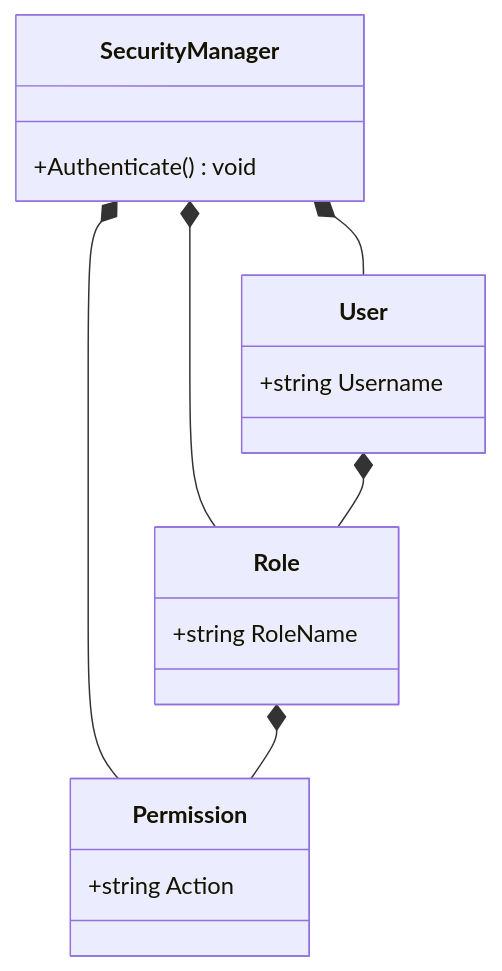
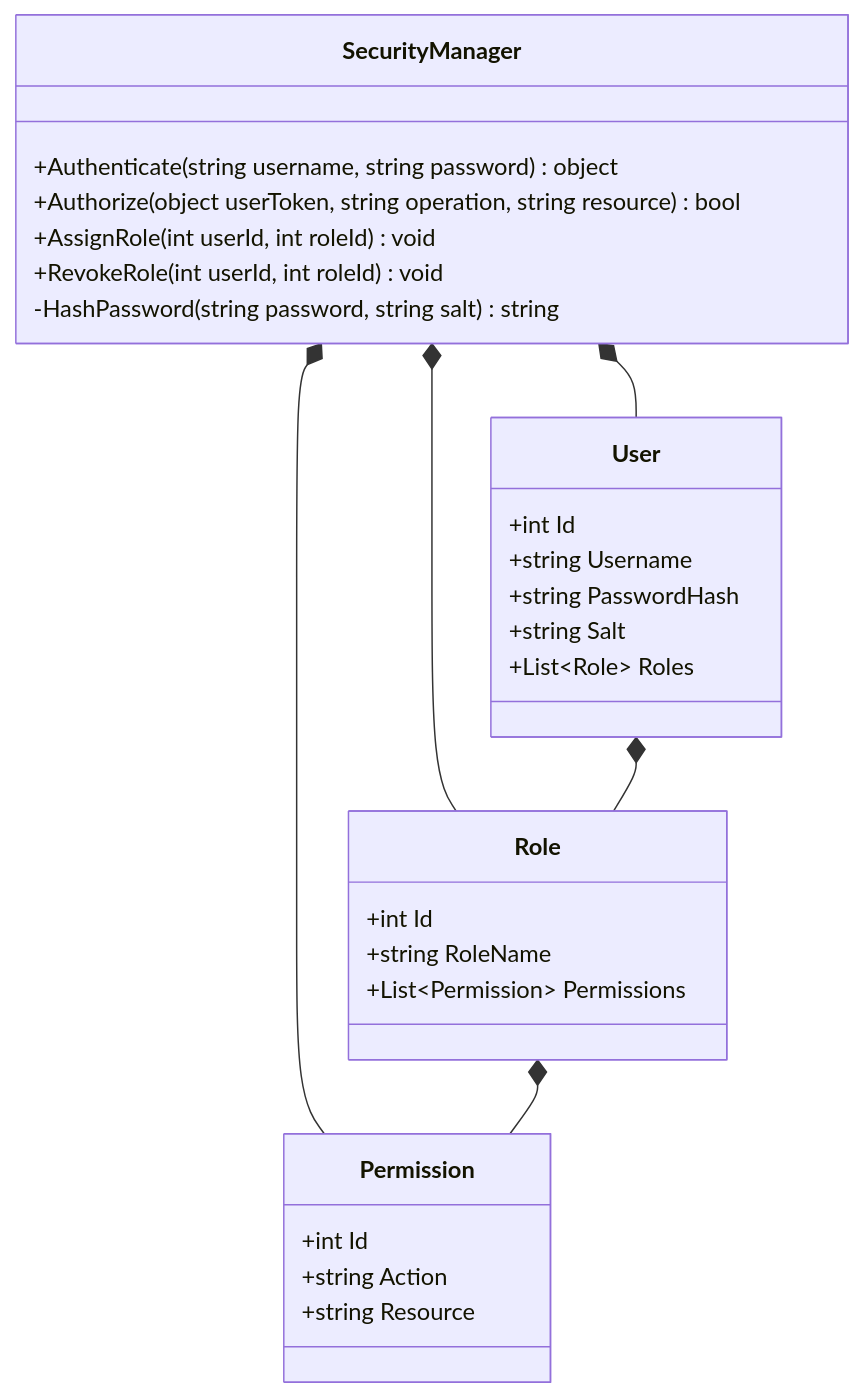
The seventh of 52 diagrams in README.md (manaxpow/DBMS), drawn with Mermaid before and after one commit. The commit also changed other lines of this file and 15 other files, not shown here.

````diff
--- a/README.md
+++ b/README.md
@@ -465,22 +494,34 @@
 ```mermaid
 classDiagram
     direction TB
     class SecurityManager {
-        +Authenticate() void
+        +Authenticate(string username, string password) object
+        +Authorize(object userToken, string operation, string resource) bool
+        +AssignRole(int userId, int roleId) void
+        +RevokeRole(int userId, int roleId) void
+        -HashPassword(string password, string salt) string
     }
     class User {
+        +int Id
         +string Username
+        +string PasswordHash
+        +string Salt
+        +List~Role~ Roles
     }
     class Role {
+        +int Id
         +string RoleName
+        +List~Permission~ Permissions
     }
     class Permission {
+        +int Id
         +string Action
+        +string Resource
     }
 
     SecurityManager *-- User
     SecurityManager *-- Role
     SecurityManager *-- Permission
     User *-- Role
     Role *-- Permission
 ```
````
